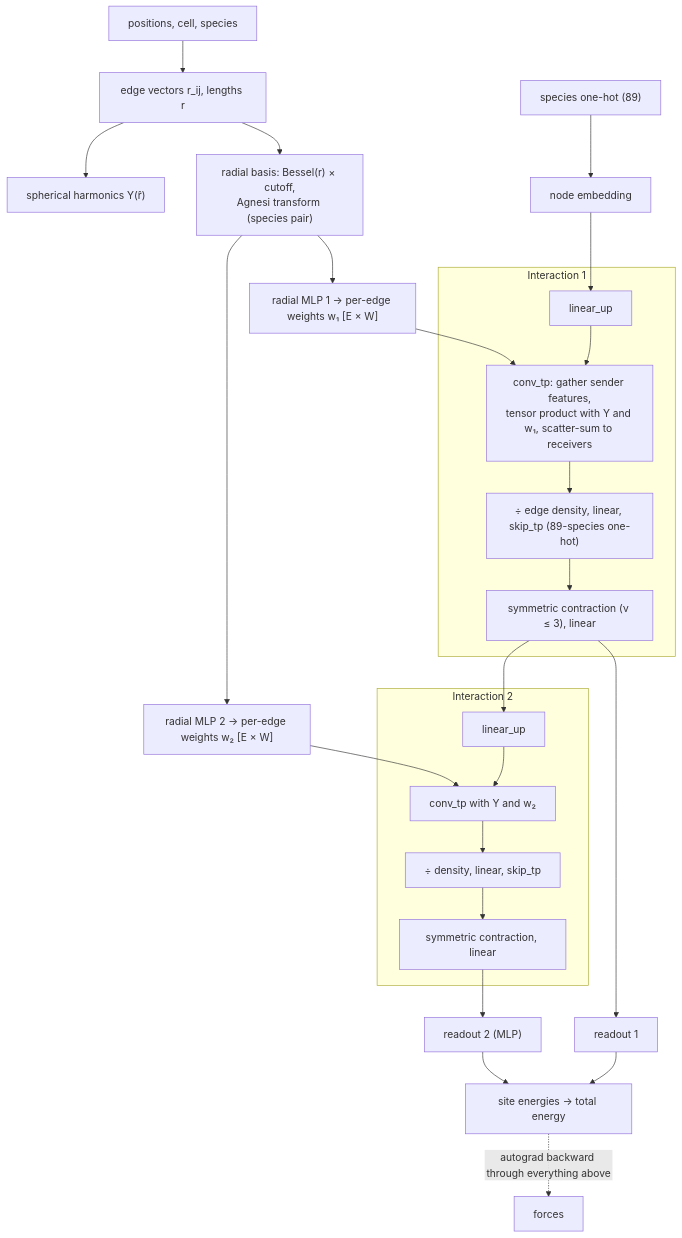
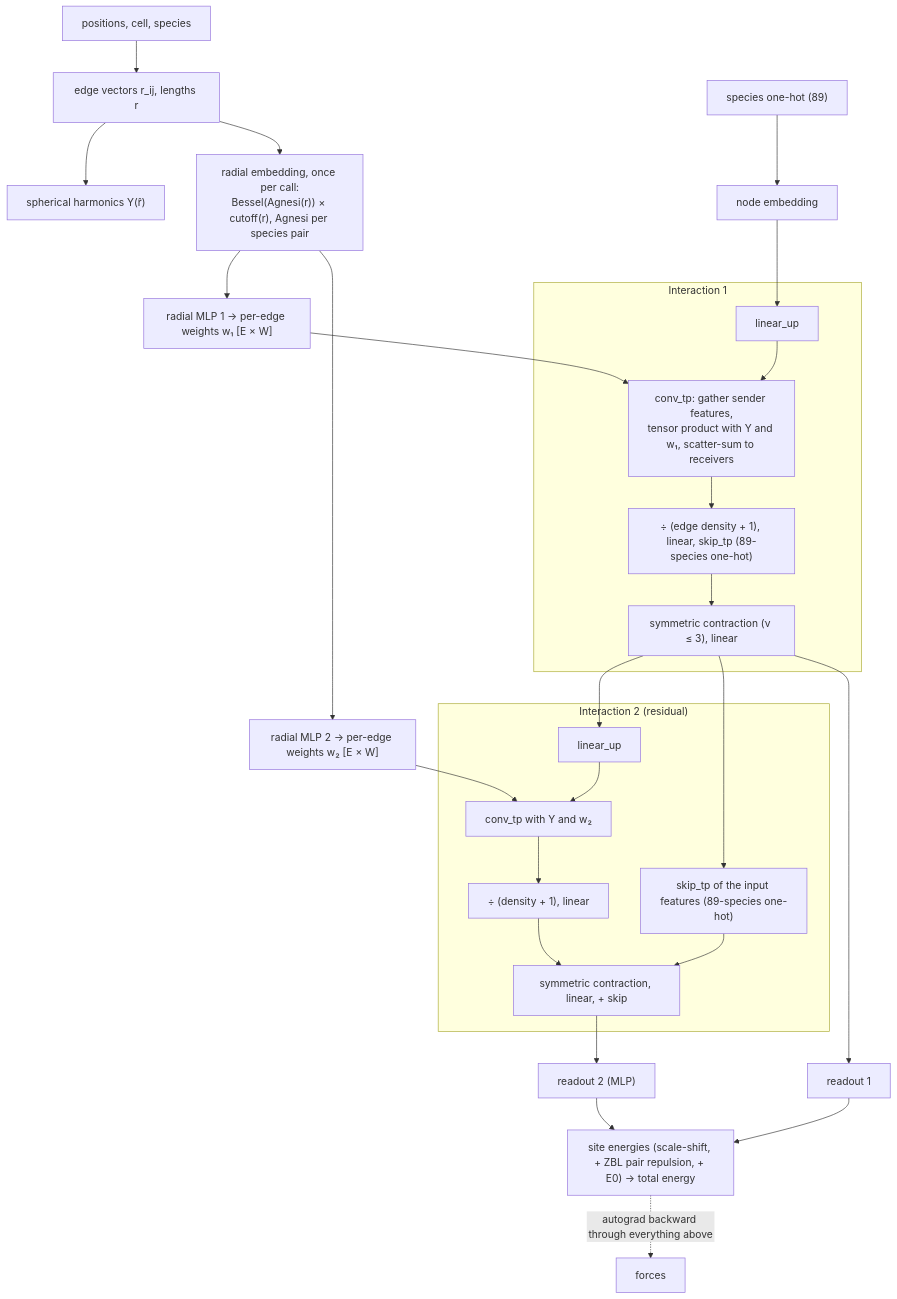
The second of 7 diagrams in docs/validation/omat0-a100-optimisations.md (FZWINGEL-UBT/FastMACE), drawn with Mermaid before and after one commit. The commit also changed other lines of this file, not shown here.

````diff
--- a/docs/validation/omat0-a100-optimisations.md
+++ b/docs/validation/omat0-a100-optimisations.md
@@ -58,27 +60,30 @@
 ```mermaid
 flowchart TB
   R["positions, cell, species"] --> E["edge vectors r_ij, lengths r"]
   E --> Y["spherical harmonics Y(r̂)"]
-  E --> RB["radial basis: Bessel(r) × cutoff,<br/>Agnesi transform (species pair)"]
+  E --> RB["radial embedding, once per call:<br/>Bessel(Agnesi(r)) × cutoff(r), Agnesi per species pair"]
   RB --> MLP1["radial MLP 1 → per-edge weights w₁ [E × W]"]
   RB --> MLP2["radial MLP 2 → per-edge weights w₂ [E × W]"]
   S["species one-hot (89)"] --> H0["node embedding"]
   subgraph INT1["Interaction 1"]
     U1["linear_up"] --> C1["conv_tp: gather sender features,<br/>tensor product with Y and w₁, scatter-sum to receivers"]
-    C1 --> D1["÷ edge density, linear, skip_tp (89-species one-hot)"]
+    C1 --> D1["÷ (edge density + 1), linear, skip_tp (89-species one-hot)"]
     D1 --> P1["symmetric contraction (ν ≤ 3), linear"]
   end
   H0 --> U1
   MLP1 --> C1
-  subgraph INT2["Interaction 2"]
+  subgraph INT2["Interaction 2 (residual)"]
+    SC2["skip_tp of the input features (89-species one-hot)"]
     U2["linear_up"] --> C2["conv_tp with Y and w₂"]
-    C2 --> D2["÷ density, linear, skip_tp"] --> P2["symmetric contraction, linear"]
+    C2 --> D2["÷ (density + 1), linear"] --> P2["symmetric contraction, linear, + skip"]
+    SC2 --> P2
   end
   P1 --> U2
+  P1 --> SC2
   MLP2 --> C2
   P1 --> RO1["readout 1"]
   P2 --> RO2["readout 2 (MLP)"]
-  RO1 --> EN["site energies → total energy"]
+  RO1 --> EN["site energies (scale-shift, + ZBL pair repulsion, + E0) → total energy"]
   RO2 --> EN
   EN -. "autograd backward through everything above" .-> F["forces"]
 ```
````
